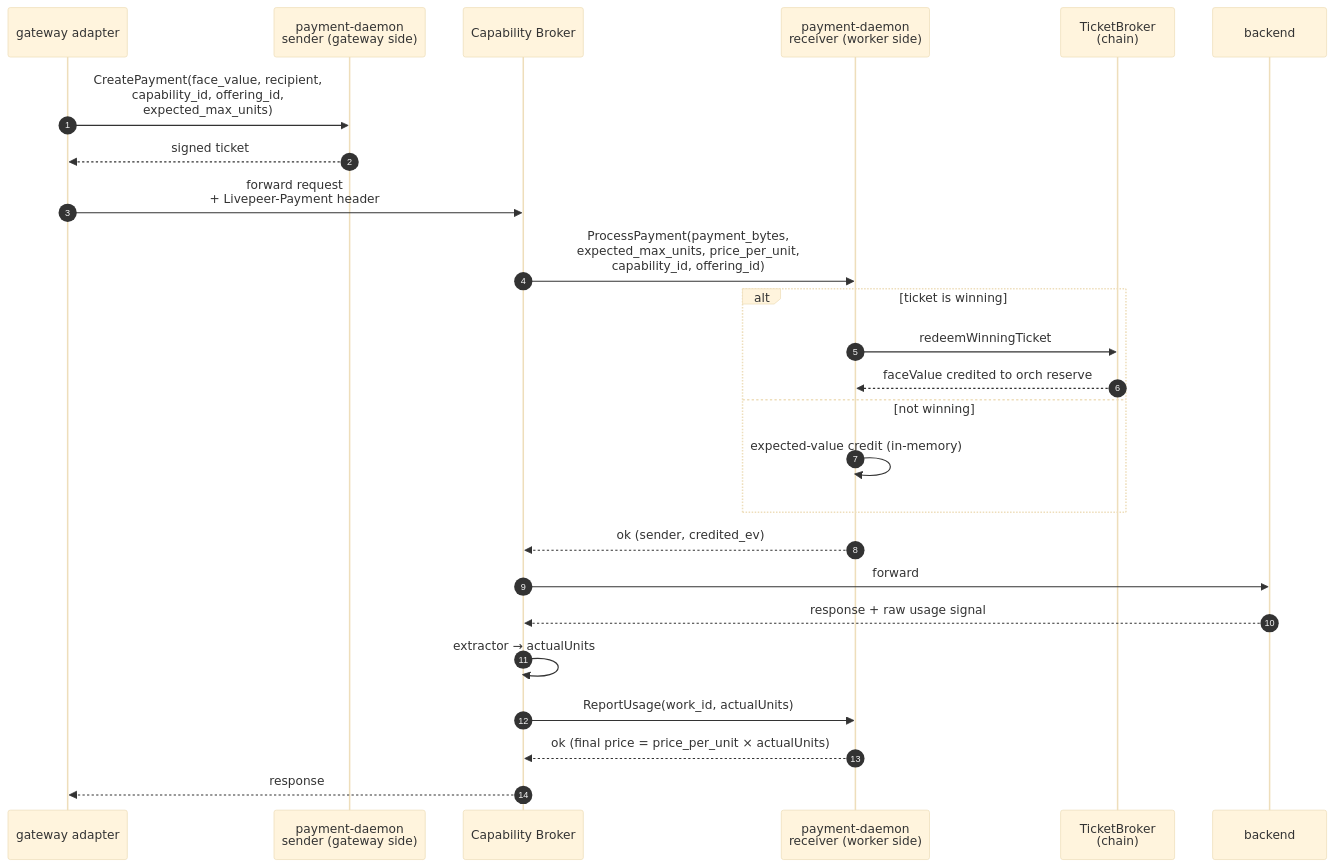
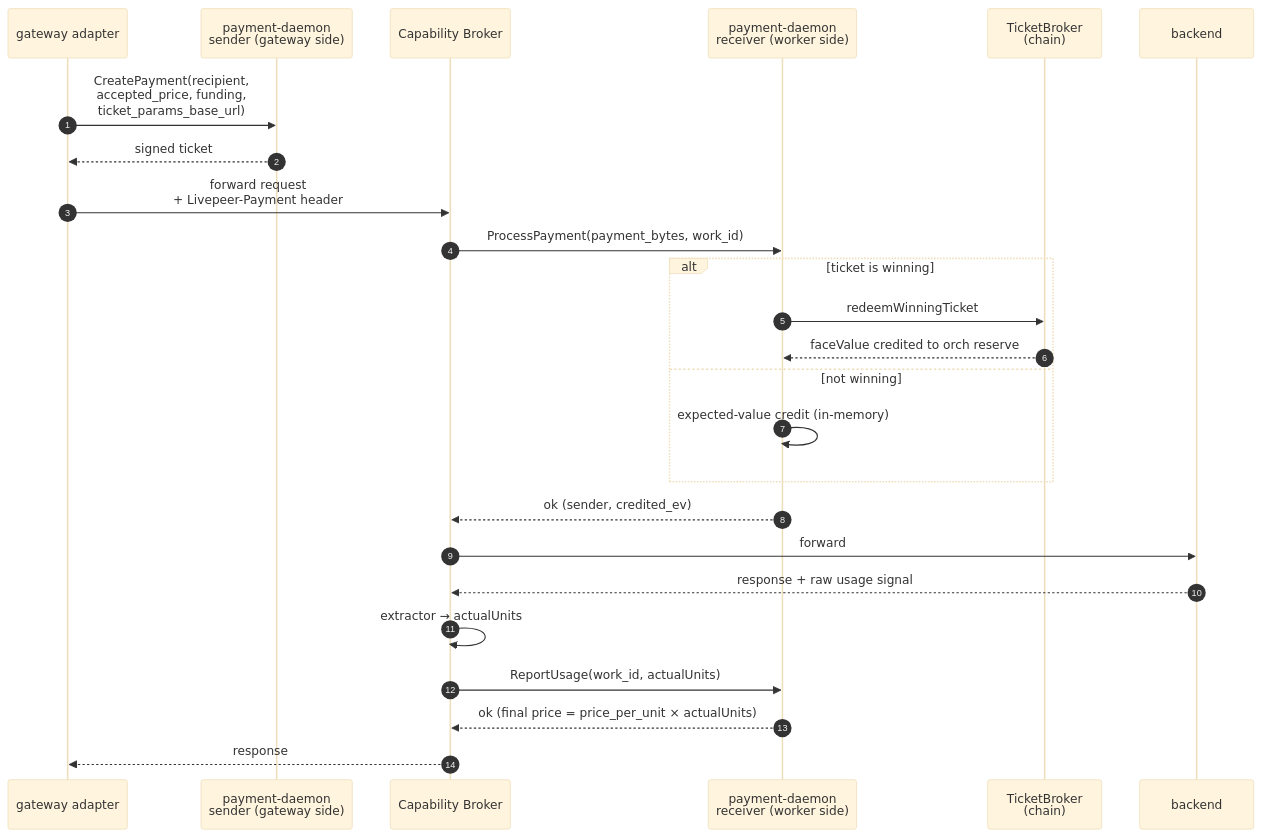
Before and after one commit to Cloud-SPE/livepeer-network-modules: the seventh of 10 diagrams in docs/design-docs/architecture-overview.md, drawn with Mermaid (base theme). The commit also changed other lines of this file and 35 other files, not shown here.

Commit message:
docs: align current payment and capability semantics

````diff
--- a/docs/design-docs/architecture-overview.md
+++ b/docs/design-docs/architecture-overview.md
@@ -778,29 +779,29 @@
 ```mermaid
 sequenceDiagram
     autonumber
     participant GW as gateway adapter
     participant Sender as payment-daemon<br/>sender (gateway side)
     participant Broker as Capability Broker
     participant Receiver as payment-daemon<br/>receiver (worker side)
     participant TB as TicketBroker<br/>(chain)
     participant Backend as backend
 
-    GW->>Sender: CreatePayment(face_value, recipient,<br/>capability_id, offering_id,<br/>expected_max_units)
+    GW->>Sender: CreatePayment(recipient,<br/>accepted_price, funding,<br/>ticket_params_base_url)
     Sender-->>GW: signed ticket
     GW->>Broker: forward request<br/>+ Livepeer-Payment header
-    Broker->>Receiver: ProcessPayment(payment_bytes,<br/>expected_max_units, price_per_unit,<br/>capability_id, offering_id)
+    Broker->>Receiver: ProcessPayment(payment_bytes, work_id)
     alt ticket is winning
         Receiver->>TB: redeemWinningTicket
         TB-->>Receiver: faceValue credited to orch reserve
     else not winning
         Receiver->>Receiver: expected-value credit (in-memory)
     end
     Receiver-->>Broker: ok (sender, credited_ev)
 
     Broker->>Backend: forward
     Backend-->>Broker: response + raw usage signal
     Broker->>Broker: extractor → actualUnits
     Broker->>Receiver: ReportUsage(work_id, actualUnits)
     Receiver-->>Broker: ok (final price = price_per_unit × actualUnits)
     Broker-->>GW: response
 ```
````
